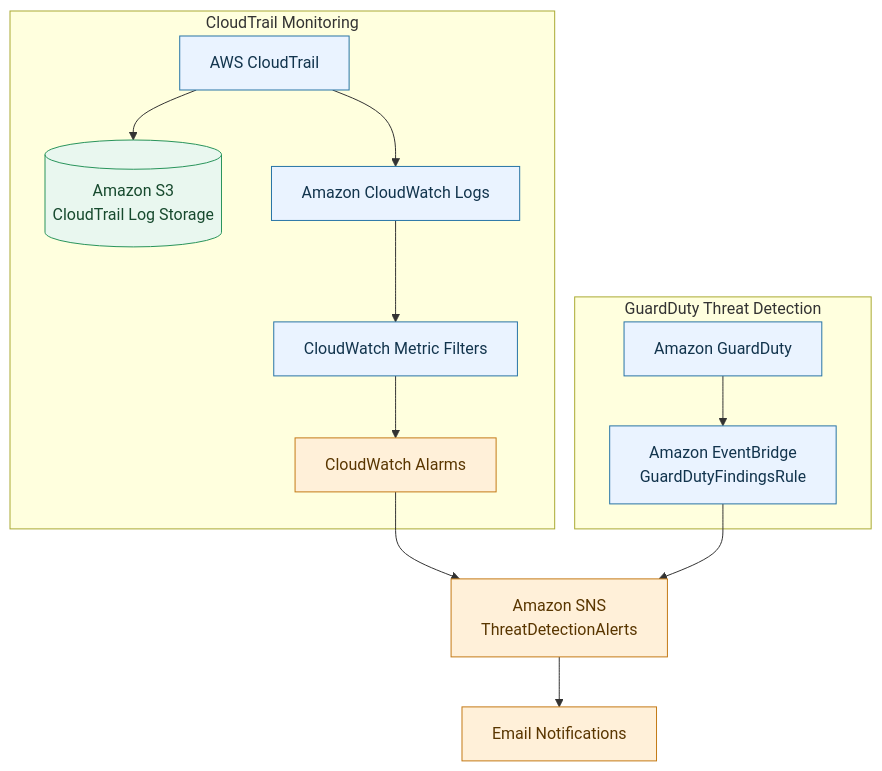
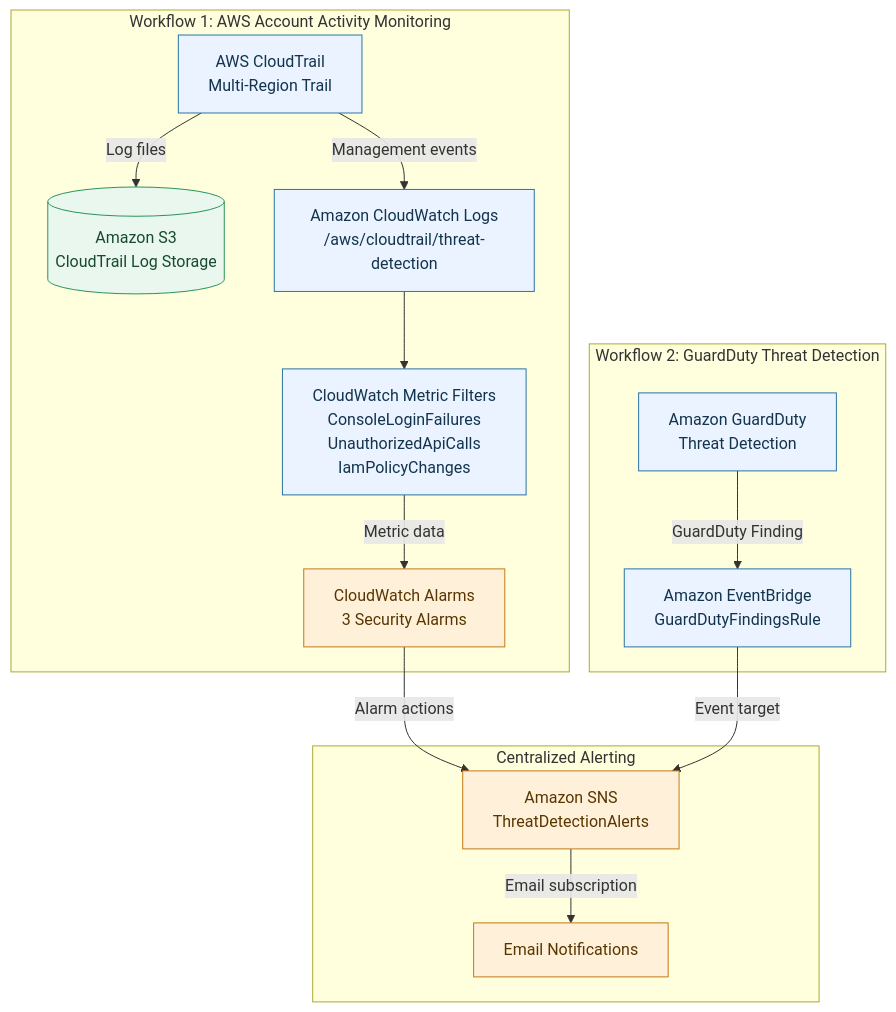
The diagram in README.md (bryanwork6099/Threat-Detection-Automated-Security-Alerting), drawn with Mermaid before and after one commit. The commit also changed other lines of this file, not shown here.

````diff
--- a/README.md
+++ b/README.md
@@ -48,34 +42,39 @@
 ```mermaid
 flowchart TB
-    subgraph A["CloudTrail Monitoring"]
-        CT["AWS CloudTrail"]
+    subgraph W1["Workflow 1: AWS Account Activity Monitoring"]
+        CT["AWS CloudTrail<br/>Multi-Region Trail"]
         S3[("Amazon S3<br/>CloudTrail Log Storage")]
-        CWL["Amazon CloudWatch Logs"]
-        MF["CloudWatch Metric Filters"]
-        AL["CloudWatch Alarms"]
+        CWL["Amazon CloudWatch Logs<br/>/aws/cloudtrail/threat-detection"]
+        MF["CloudWatch Metric Filters<br/>ConsoleLoginFailures<br/>UnauthorizedApiCalls<br/>IamPolicyChanges"]
+        AL["CloudWatch Alarms<br/>3 Security Alarms"]
 
-        CT --> S3
-        CT --> CWL
+        CT -->|"Log files"| S3
+        CT -->|"Management events"| CWL
         CWL --> MF
-        MF --> AL
+        MF -->|"Metric data"| AL
     end
 
-    subgraph B["GuardDuty Threat Detection"]
-        GD["Amazon GuardDuty"]
+    subgraph W2["Workflow 2: GuardDuty Threat Detection"]
+        GD["Amazon GuardDuty<br/>Threat Detection"]
         EB["Amazon EventBridge<br/>GuardDutyFindingsRule"]
 
-        GD --> EB
+        GD -->|"GuardDuty Finding"| EB
     end
 
-    AL --> SNS["Amazon SNS<br/>ThreatDetectionAlerts"]
-    EB --> SNS
-    SNS --> EMAIL["Email Notifications"]
+    subgraph W3["Centralized Alerting"]
+        SNS["Amazon SNS<br/>ThreatDetectionAlerts"]
+        EMAIL["Email Notifications"]
+    end
 
-    classDef aws fill:#EAF3FF,stroke:#2874A6,color:#12344D
+    AL -->|"Alarm actions"| SNS
+    EB -->|"Event target"| SNS
+    SNS -->|"Email subscription"| EMAIL
+
+    classDef monitoring fill:#EAF3FF,stroke:#2874A6,color:#12344D
     classDef alert fill:#FFF0D9,stroke:#C47A16,color:#593600
     classDef storage fill:#E9F7EF,stroke:#29945B,color:#174A2E
 
-    class CT,CWL,MF,GD,EB aws
+    class CT,CWL,MF,GD,EB monitoring
     class AL,SNS,EMAIL alert
     class S3 storage
 ```
````
